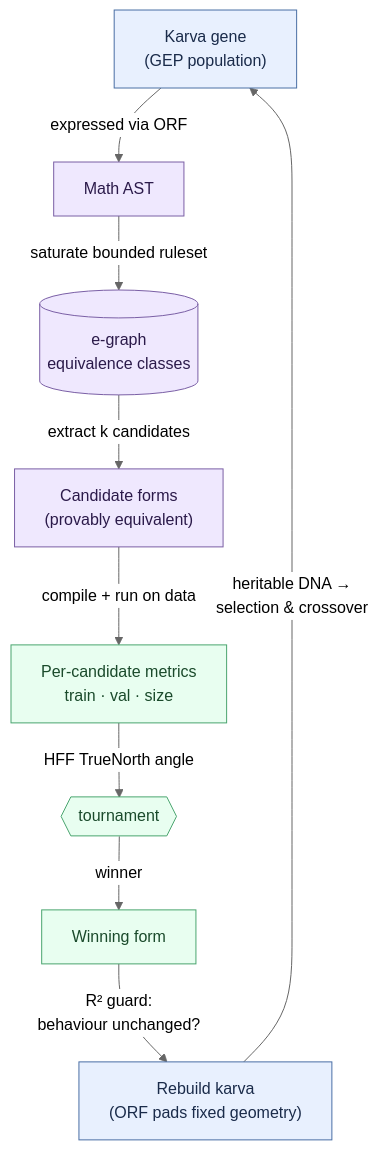
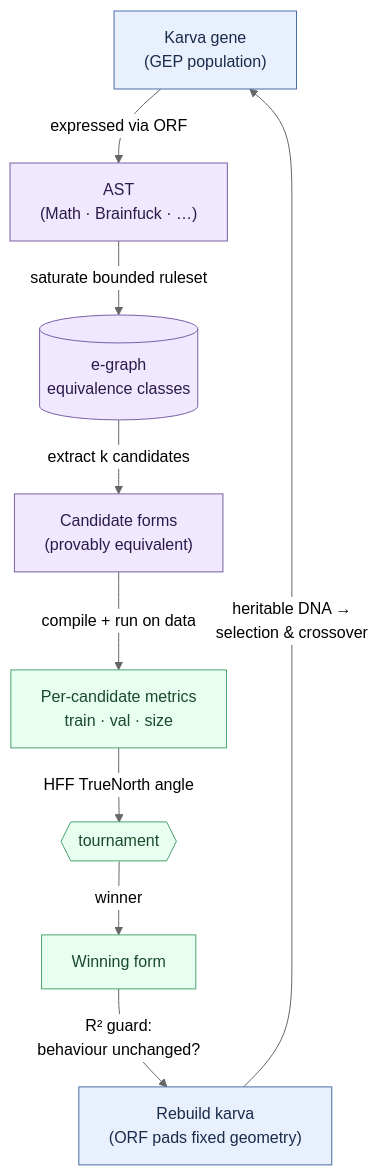
One commit to Gamakon/fuller changed the diagram in README.md. Above: the diagram before and after it, drawn with Mermaid (neutral theme). The commit also changed other lines of this file, not shown here.

First line of the commit message:
README: the round trip is target-agnostic — Brainfuck runs the same ring

````diff
--- a/README.md
+++ b/README.md
@@ -56,18 +56,18 @@
 ```mermaid
 flowchart TD
-    G["Karva gene<br/>(GEP population)"] -->|"expressed via ORF"| A["Math AST"]
+    G["Karva gene<br/>(GEP population)"] -->|"expressed via ORF"| A["AST<br/>(Math · Brainfuck · …)"]
     A -->|"saturate bounded ruleset"| E[("e-graph<br/>equivalence classes")]
     E -->|"extract k candidates"| C["Candidate forms<br/>(provably equivalent)"]
     C -->|"compile + run on data"| M["Per-candidate metrics<br/>train · val · size"]
     M -->|"HFF TrueNorth angle"| T{{"tournament"}}
     T -->|winner| W["Winning form"]
     W -->|"R² guard:<br/>behaviour unchanged?"| R["Rebuild karva<br/>(ORF pads fixed geometry)"]
     R -->|"heritable DNA →<br/>selection & crossover"| G
 
     classDef gep fill:#e8f0fe,stroke:#4a6fa5,color:#1a2b4a
     classDef egraph fill:#efe8fe,stroke:#7a5fa5,color:#2b1a4a
     classDef data fill:#e8fef0,stroke:#4aa56f,color:#1a4a2b
     class G,R gep
     class A,E,C egraph
     class M,T,W data
 ```
````
